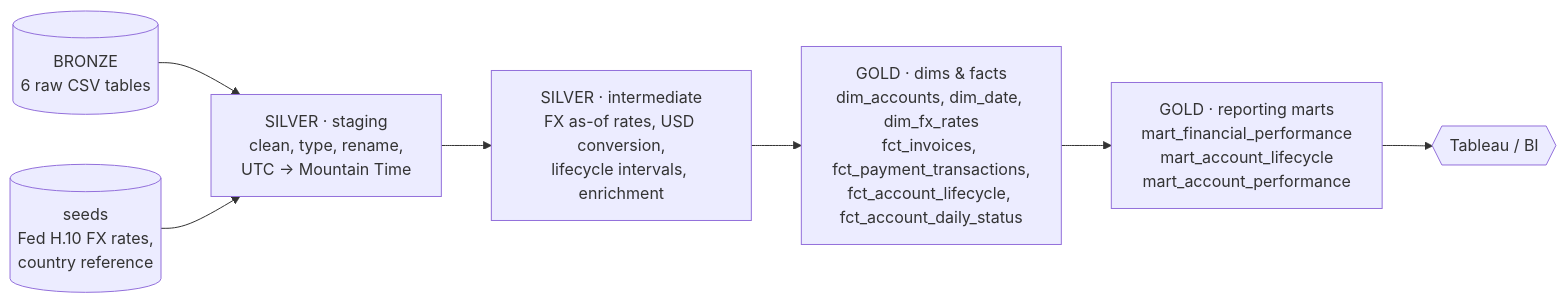
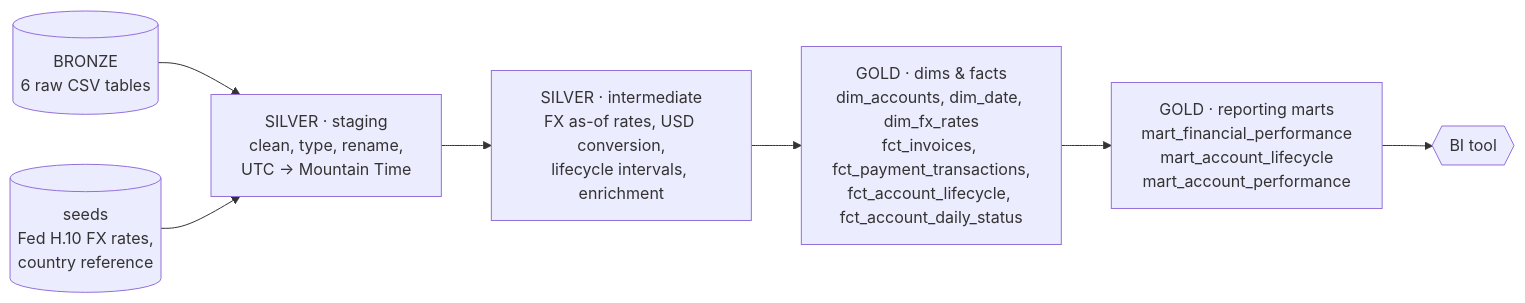
Before and after one commit to philipkfw/Kaggle-Data-Modelling-Project: the first of 2 diagrams in README.md, drawn with Mermaid. The commit also changed other lines of this file and 7 other files, not shown here.

````diff
--- a/README.md
+++ b/README.md
@@ -20,9 +35,9 @@
 ```mermaid
 flowchart LR
     A[(BRONZE<br/>6 raw CSV tables)] --> B[SILVER · staging<br/>clean, type, rename,<br/>UTC → Mountain Time]
     S[(seeds<br/>Fed H.10 FX rates,<br/>country reference)] --> B
     B --> C[SILVER · intermediate<br/>FX as-of rates, USD conversion,<br/>lifecycle intervals, enrichment]
     C --> D[GOLD · dims & facts<br/>dim_accounts, dim_date, dim_fx_rates<br/>fct_invoices, fct_payment_transactions,<br/>fct_account_lifecycle, fct_account_daily_status]
     D --> E[GOLD · reporting marts<br/>mart_financial_performance<br/>mart_account_lifecycle<br/>mart_account_performance]
-    E --> T{{Tableau / BI}}
+    E --> T{{BI tool}}
 ```
````
